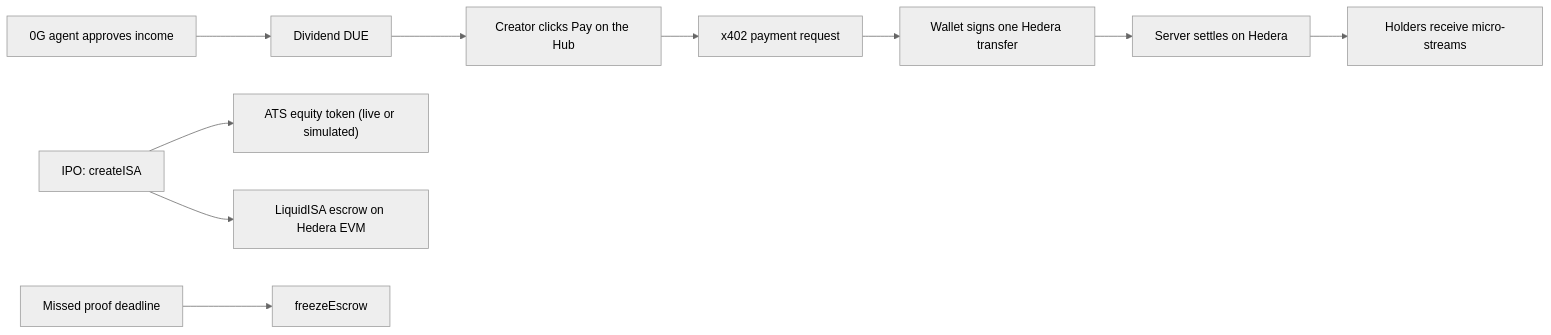
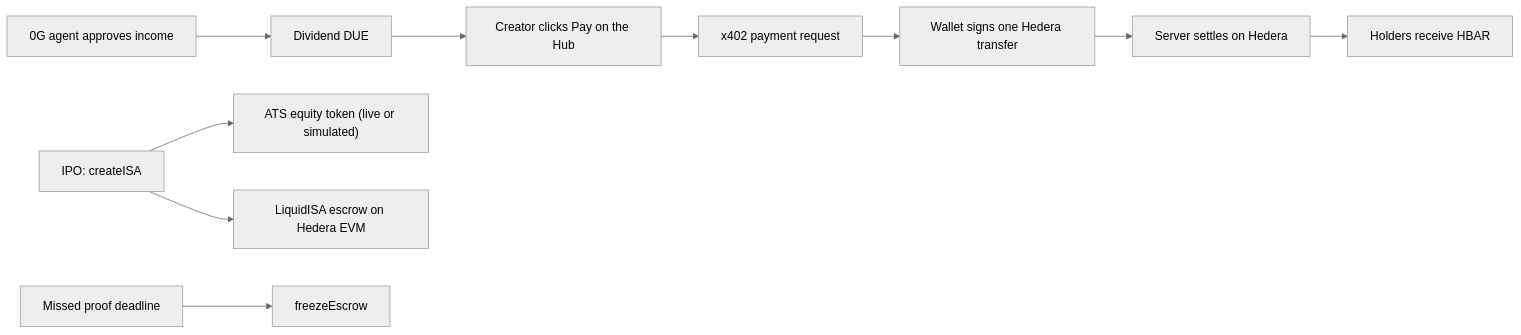
One commit to predatorx7/stakeme-ex changed the first of 2 diagrams in docs/integrations/hedera.md. Above: the diagram before and after it, drawn with Mermaid (neutral theme). The commit also changed other lines of this file and 13 other files, not shown here.

Commit message:
Rewrite README, add user flows, refresh docs

````diff
--- a/docs/integrations/hedera.md
+++ b/docs/integrations/hedera.md
@@ -20,12 +23,12 @@
 ```mermaid
 flowchart LR
 	A["0G agent approves income"] --> B["Dividend DUE"]
 	B --> C["Creator clicks Pay on the Hub"]
 	C --> D["x402 payment request"]
 	D --> E["Wallet signs one Hedera transfer"]
 	E --> F["Server settles on Hedera"]
-	F --> G["Holders receive micro-streams"]
+	F --> G["Holders receive HBAR"]
 	H["IPO: createISA"] --> I["ATS equity token (live or simulated)"]
 	H --> J["LiquidISA escrow on Hedera EVM"]
 	K["Missed proof deadline"] --> L["freezeEscrow"]
 ```
````
